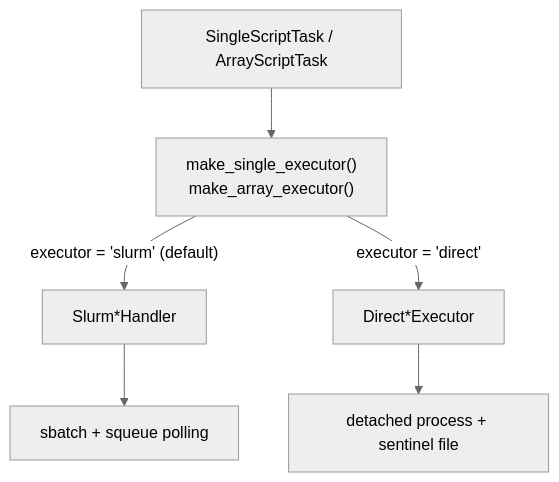
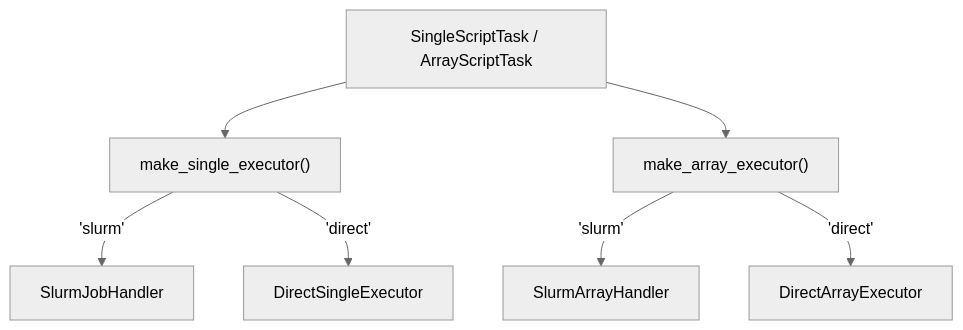
One commit to nunglert/remote_handler changed the third of 5 diagrams in docs/source/concepts.rst. Above: the diagram before and after it, drawn with Mermaid (neutral theme). The commit also changed other lines of this file and 7 other files, not shown here.

```diff
--- a/docs/source/concepts.rst
+++ b/docs/source/concepts.rst
@@ -103,9 +103,10 @@
 .. mermaid::
 
    flowchart TB
        Task["SingleScriptTask / ArrayScriptTask"]
-       Task --> Factory["make_single_executor()<br/>make_array_executor()"]
-       Factory -->|"executor = 'slurm' (default)"| Slurm["Slurm*Handler"]
-       Factory -->|"executor = 'direct'"| Direct["Direct*Executor"]
-       Slurm --> SchedA["sbatch + squeue polling"]
-       Direct --> SchedB["detached process + sentinel file"]
+       Task --> SF["make_single_executor()"]
+       Task --> AF["make_array_executor()"]
+       SF -->|"'slurm'"| SJH["SlurmJobHandler"]
+       SF -->|"'direct'"| DSE["DirectSingleExecutor"]
+       AF -->|"'slurm'"| SAH["SlurmArrayHandler"]
+       AF -->|"'direct'"| DAE["DirectArrayExecutor"]
```
